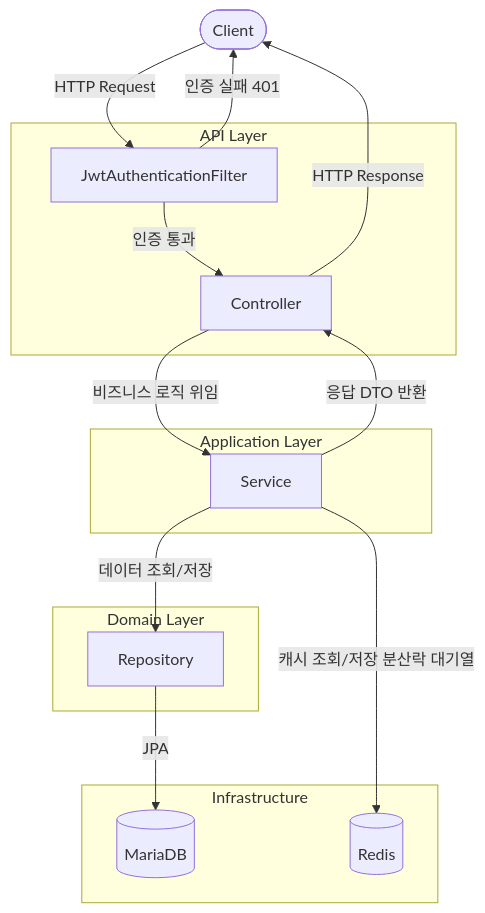
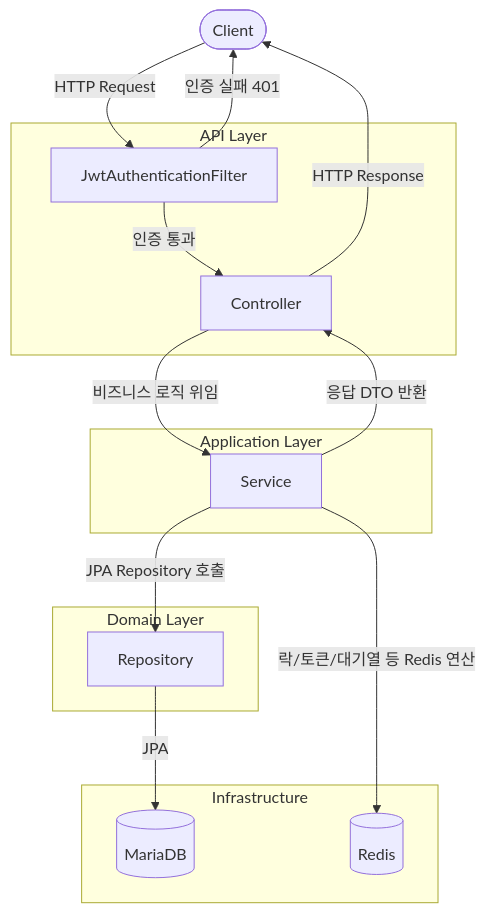
Before and after one commit to seungpil97/ticketing-reservation-service: the first of 3 diagrams in docs/architecture/README.md, drawn with Mermaid. The commit also changed other lines of this file and 1 other file, not shown here.

First line of the commit message:
docs(TASK-057): Redis Key Naming 지침 불일치 수정 및 누락 key 추가 (#83)

````diff
--- a/docs/architecture/README.md
+++ b/docs/architecture/README.md
@@ -9,32 +9,32 @@
 ```mermaid
 flowchart TD
     Client([Client])
 
     subgraph API["API Layer"]
         JwtFilter[JwtAuthenticationFilter]
         Controller[Controller]
     end
 
     subgraph Application["Application Layer"]
         Service[Service]
     end
 
     subgraph Domain["Domain Layer"]
         Repository[Repository]
     end
 
     subgraph Infra["Infrastructure"]
         MariaDB[(MariaDB)]
         Redis[(Redis)]
     end
 
     Client -->|HTTP Request| JwtFilter
     JwtFilter -->|인증 통과| Controller
     JwtFilter -->|인증 실패 401| Client
     Controller -->|비즈니스 로직 위임| Service
-    Service -->|데이터 조회/저장| Repository
-    Service -->|캐시 조회/저장 분산락 대기열| Redis
+    Service -->|JPA Repository 호출| Repository
+    Service -->|락/토큰/대기열 등 Redis 연산| Redis
     Repository -->|JPA| MariaDB
     Service -->|응답 DTO 반환| Controller
     Controller -->|HTTP Response| Client
 ```
````
